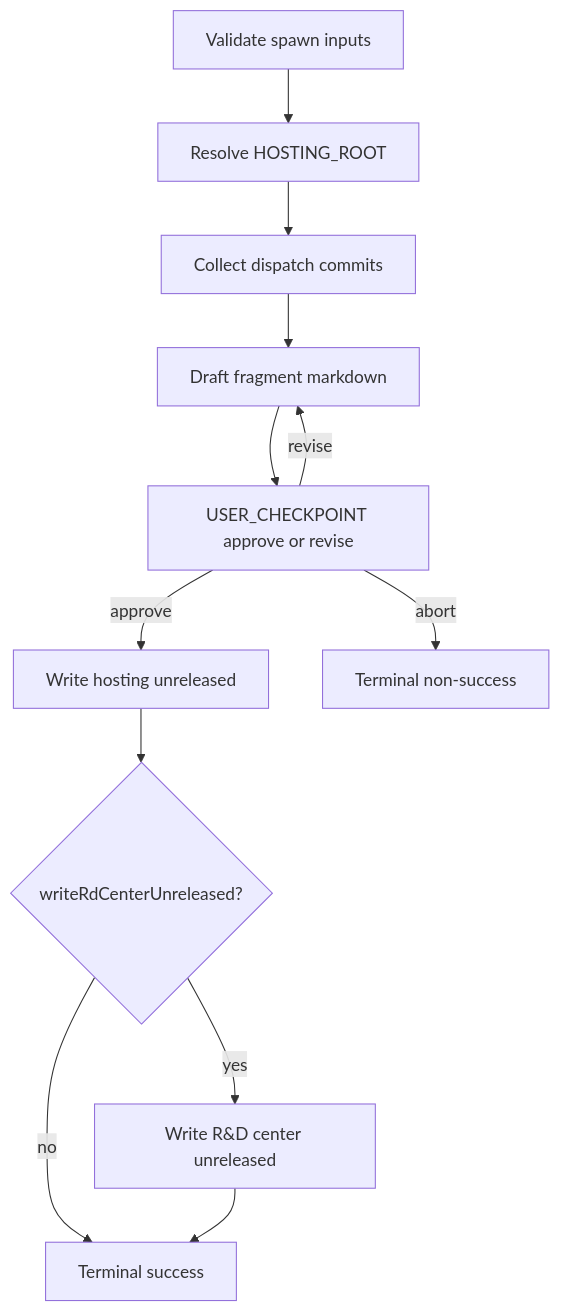
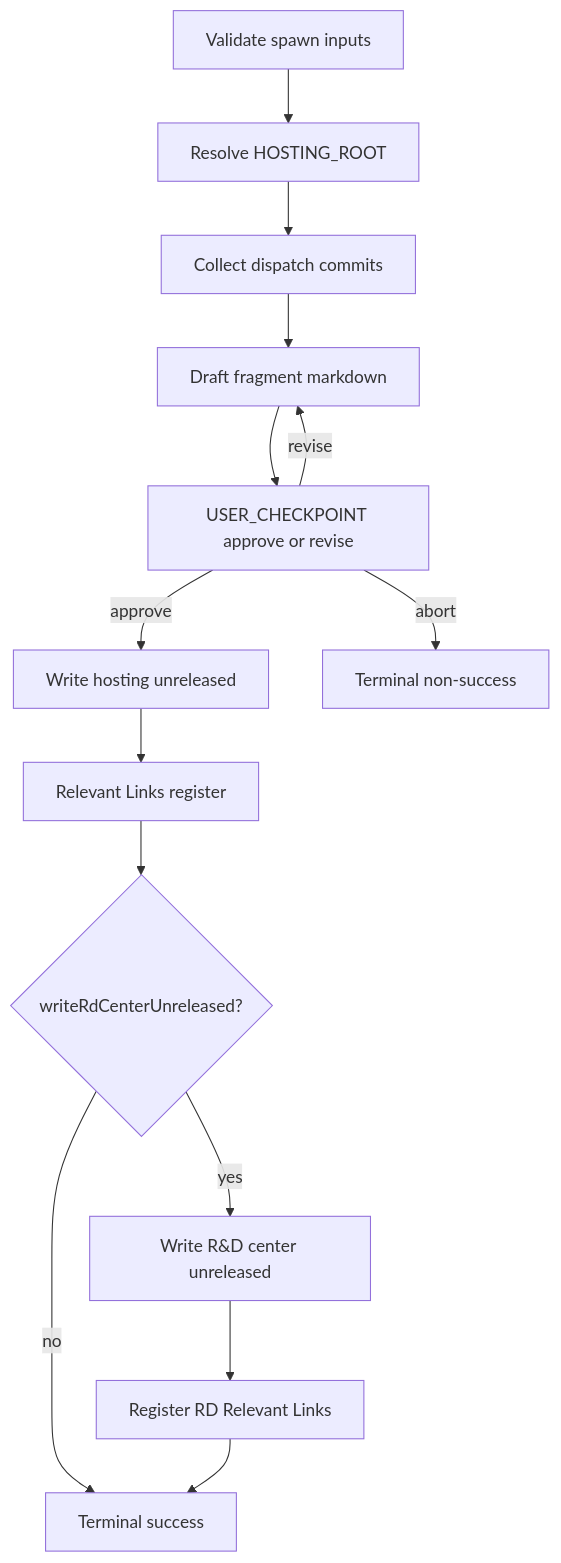
One commit to sedea-ai/research-and-development changed the diagram in missions/plan-and-deliver/skills/capture-release-note/SKILL.md. Above: the diagram before and after it, drawn with Mermaid. The commit also changed other lines of this file, not shown here.

First line of the commit message:
fix(capture-release-note): register fragment in Relevant Links after write

````diff
--- a/missions/plan-and-deliver/skills/capture-release-note/SKILL.md
+++ b/missions/plan-and-deliver/skills/capture-release-note/SKILL.md
@@ -114,14 +115,16 @@
 ```mermaid
 flowchart TD
   A[Validate spawn inputs] --> B[Resolve HOSTING_ROOT]
   B --> C[Collect dispatch commits]
   C --> D[Draft fragment markdown]
   D --> E[USER_CHECKPOINT approve or revise]
   E -->|revise| D
   E -->|approve| F[Write hosting unreleased]
-  F --> G{writeRdCenterUnreleased?}
+  F --> R[Relevant Links register]
+  R --> G{writeRdCenterUnreleased?}
   G -->|yes| H[Write R&D center unreleased]
   G -->|no| I[Terminal success]
-  H --> I
+  H --> R2[Register RD Relevant Links]
+  R2 --> I
   E -->|abort| J[Terminal non-success]
 ```
````
